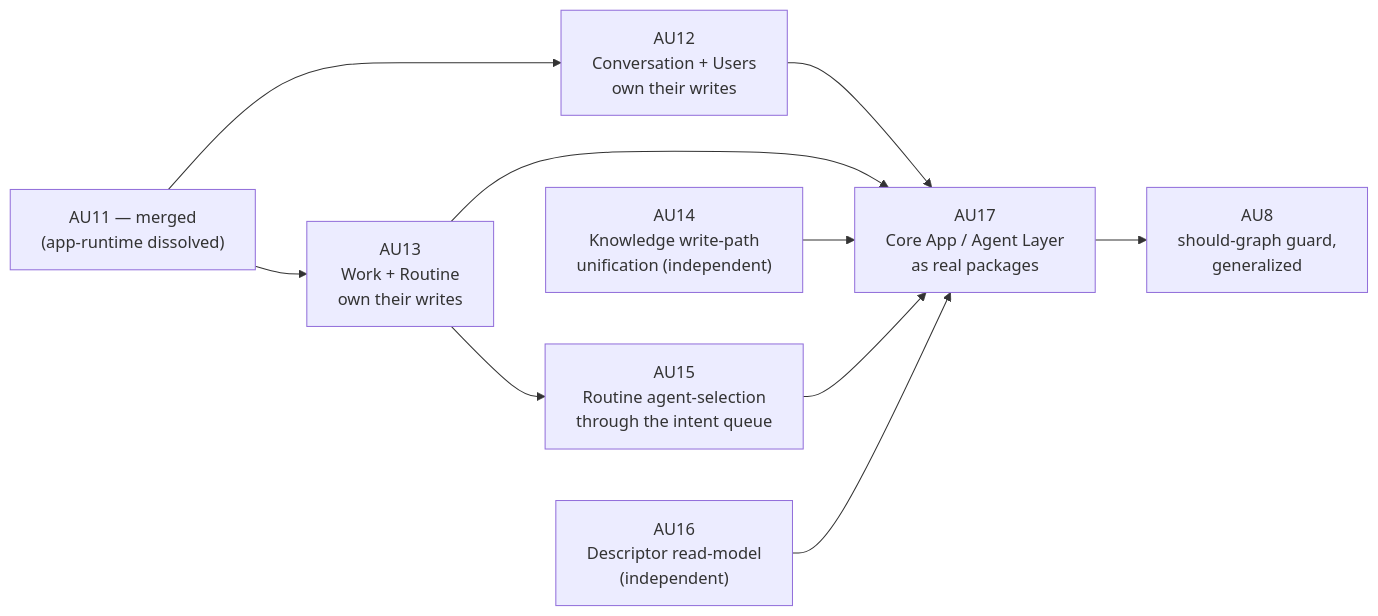
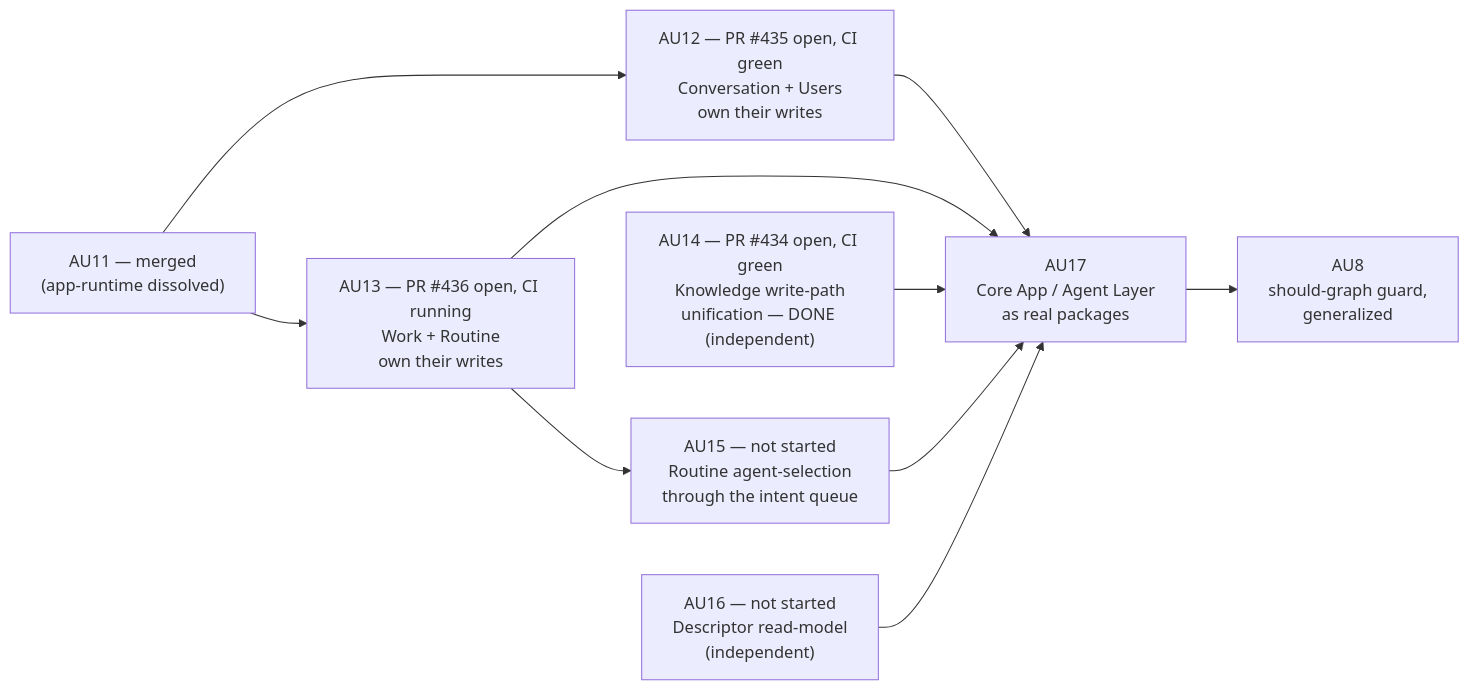
The fifth of 5 diagrams in plans/strategy-kernel-plugin-split/as-is-vs-should-dependency-graph.md (idle-builders/hyperidle), drawn with Mermaid before and after one commit. The commit also changed other lines of this file, not shown here.

First line of the commit message:
docs: update AU dependency graph for AU14-shipped status

````diff
--- a/plans/strategy-kernel-plugin-split/as-is-vs-should-dependency-graph.md
+++ b/plans/strategy-kernel-plugin-split/as-is-vs-should-dependency-graph.md
@@ -694,15 +709,15 @@
 ```mermaid
 flowchart LR
   AU11["AU11 — merged\n(app-runtime dissolved)"]
-  AU11 --> AU12["AU12\nConversation + Users\nown their writes"]
-  AU11 --> AU13["AU13\nWork + Routine\nown their writes"]
-  AU13 --> AU15["AU15\nRoutine agent-selection\nthrough the intent queue"]
-  AU14["AU14\nKnowledge write-path\nunification (independent)"]
-  AU16["AU16\nDescriptor read-model\n(independent)"]
+  AU11 --> AU12["AU12 — PR #435 open, CI green\nConversation + Users\nown their writes"]
+  AU11 --> AU13["AU13 — PR #436 open, CI running\nWork + Routine\nown their writes"]
+  AU13 --> AU15["AU15 — not started\nRoutine agent-selection\nthrough the intent queue"]
+  AU14["AU14 — PR #434 open, CI green\nKnowledge write-path\nunification — DONE (independent)"]
+  AU16["AU16 — not started\nDescriptor read-model\n(independent)"]
   AU12 --> AU17["AU17\nCore App / Agent Layer\nas real packages"]
   AU13 --> AU17
   AU14 --> AU17
   AU15 --> AU17
   AU16 --> AU17
   AU17 --> AU8["AU8\nshould-graph guard,\ngeneralized"]
 ```
````
